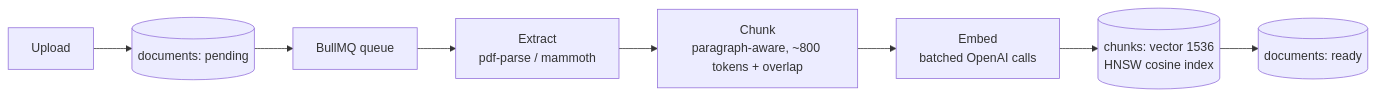
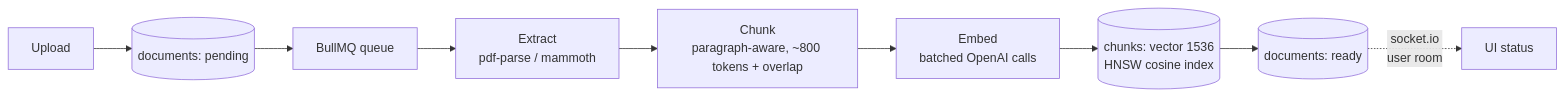
One commit to AsgarovAsgar/rag-chat-app changed the first of 3 diagrams in README.md. Above: the diagram before and after it, drawn with Mermaid. The commit also changed other lines of this file, not shown here.

Commit message:
docs: update readme for auth, realtime status, and deployment

````diff
--- a/README.md
+++ b/README.md
@@ -31,10 +35,11 @@
 ```mermaid
 flowchart LR
     A[Upload] --> B[(documents: pending)]
     B --> C[BullMQ queue]
     C --> D[Extract<br/>pdf-parse / mammoth]
     D --> E[Chunk<br/>paragraph-aware, ~800 tokens + overlap]
     E --> F[Embed<br/>batched OpenAI calls]
     F --> G[(chunks: vector 1536<br/>HNSW cosine index)]
     G --> H[(documents: ready)]
+    H -.->|socket.io<br/>user room| I[UI status]
 ```
````
